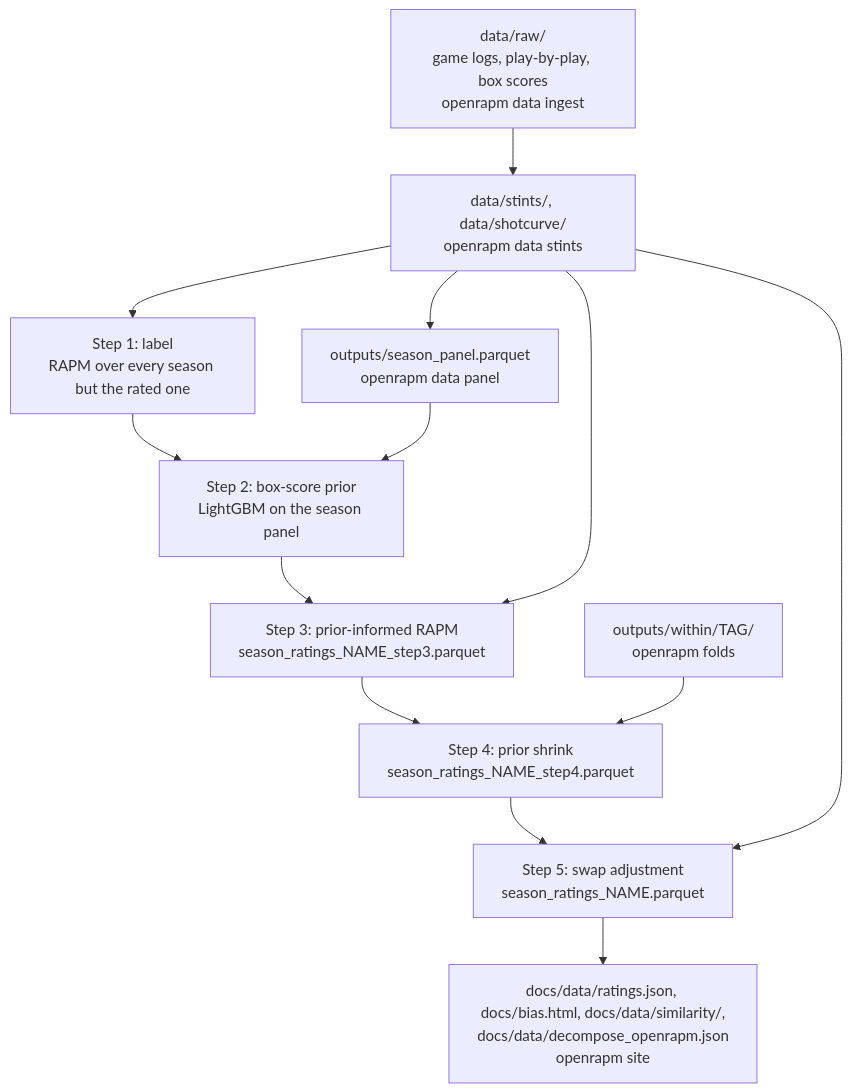
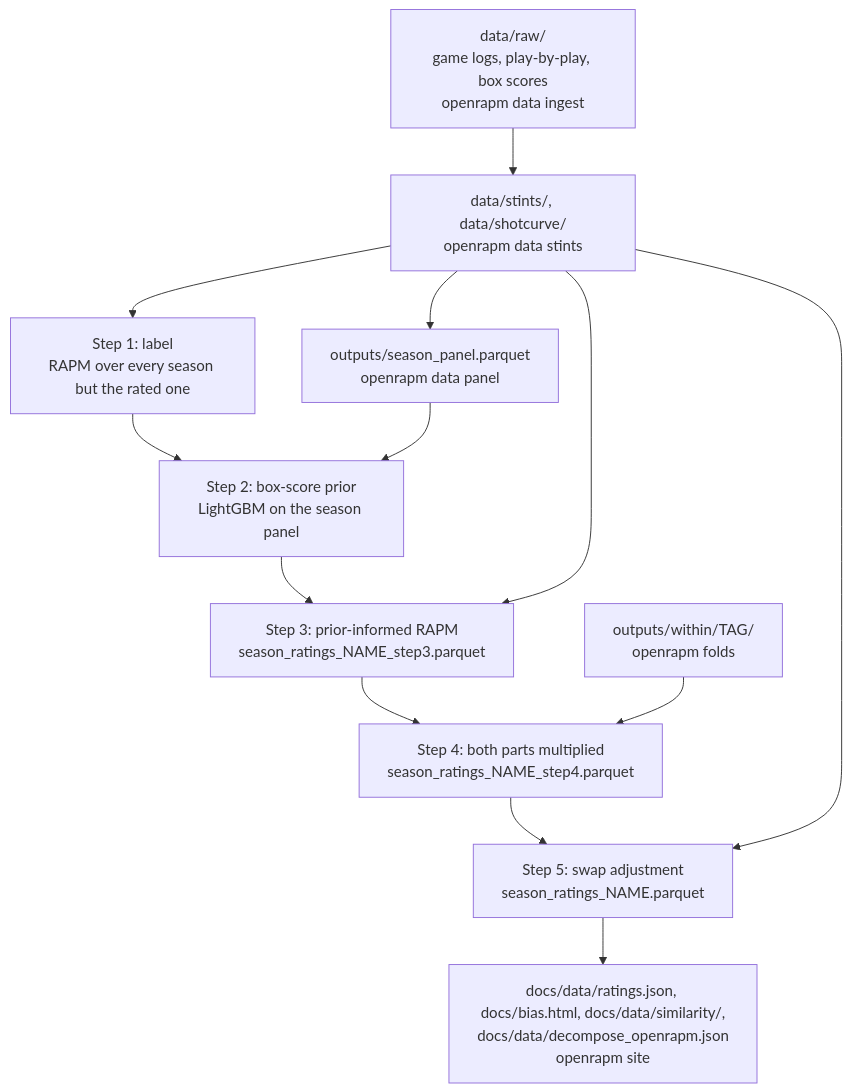
Before and after one commit to bbstats/openrapm: the diagram in PIPELINE.md, drawn with Mermaid. The commit also changed other lines of this file and 59 other files, not shown here.

````diff
--- a/PIPELINE.md
+++ b/PIPELINE.md
@@ -16,15 +16,15 @@
 ```mermaid
 flowchart TD
     RAW["data/raw/<br/>game logs, play-by-play, box scores<br/>openrapm data ingest"] --> ST["data/stints/, data/shotcurve/<br/>openrapm data stints"]
     ST --> PAN["outputs/season_panel.parquet<br/>openrapm data panel"]
     ST --> S1["Step 1: label<br/>RAPM over every season but the rated one"]
     S1 --> S2["Step 2: box-score prior<br/>LightGBM on the season panel"]
     PAN --> S2
     S2 --> S3["Step 3: prior-informed RAPM<br/>season_ratings_NAME_step3.parquet"]
     ST --> S3
-    S3 --> S4["Step 4: prior shrink<br/>season_ratings_NAME_step4.parquet"]
+    S3 --> S4["Step 4: both parts multiplied<br/>season_ratings_NAME_step4.parquet"]
     FO["outputs/within/TAG/<br/>openrapm folds"] --> S4
     S4 --> S5["Step 5: swap adjustment<br/>season_ratings_NAME.parquet"]
     ST --> S5
     S5 --> SITE["docs/data/ratings.json, docs/bias.html, docs/data/similarity/,<br/>docs/data/decompose_openrapm.json<br/>openrapm site"]
 ```
````
